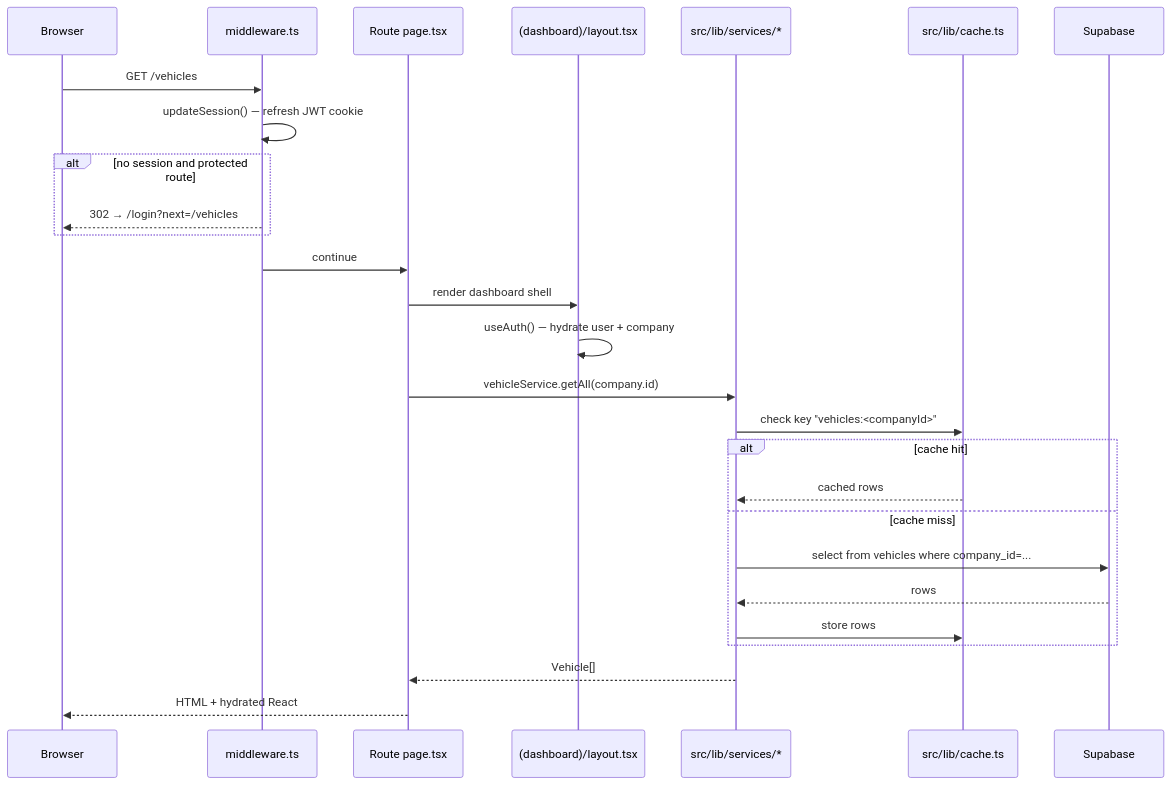
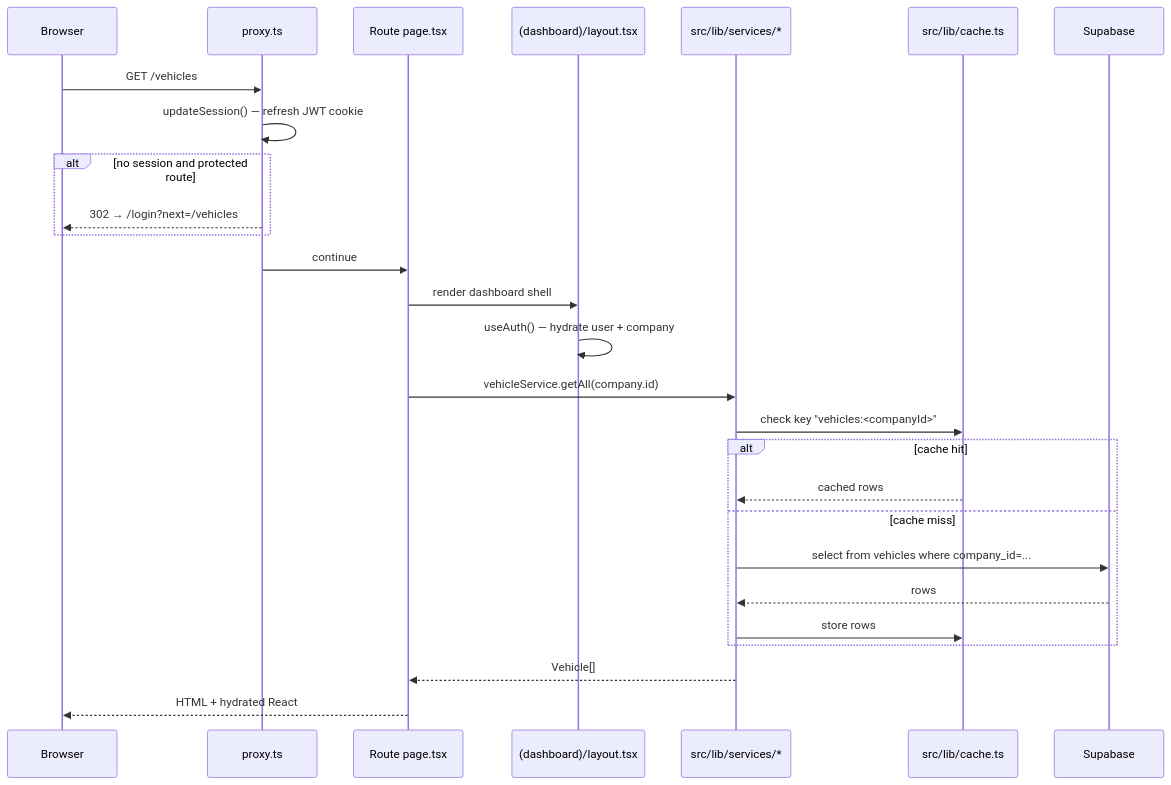
Before and after one commit to smammar100/Genaro: the diagram in docs/reference/architecture.md, drawn with Mermaid. The commit also changed other lines of this file and 21 other files, not shown here.

````diff
--- a/docs/reference/architecture.md
+++ b/docs/reference/architecture.md
@@ -55,30 +55,30 @@
 ```mermaid
 sequenceDiagram
   participant Browser
-  participant Middleware as middleware.ts
+  participant Middleware as proxy.ts
   participant Page as Route page.tsx
   participant Layout as (dashboard)/layout.tsx
   participant Service as src/lib/services/*
   participant Cache as src/lib/cache.ts
   participant Supabase
 
   Browser->>Middleware: GET /vehicles
   Middleware->>Middleware: updateSession() — refresh JWT cookie
   alt no session and protected route
     Middleware-->>Browser: 302 → /login?next=/vehicles
   end
   Middleware->>Page: continue
   Page->>Layout: render dashboard shell
   Layout->>Layout: useAuth() — hydrate user + company
   Page->>Service: vehicleService.getAll(company.id)
   Service->>Cache: check key "vehicles:<companyId>"
   alt cache hit
     Cache-->>Service: cached rows
   else cache miss
     Service->>Supabase: select from vehicles where company_id=...
     Supabase-->>Service: rows
     Service->>Cache: store rows
   end
   Service-->>Page: Vehicle[]
   Page-->>Browser: HTML + hydrated React
 ```
````
